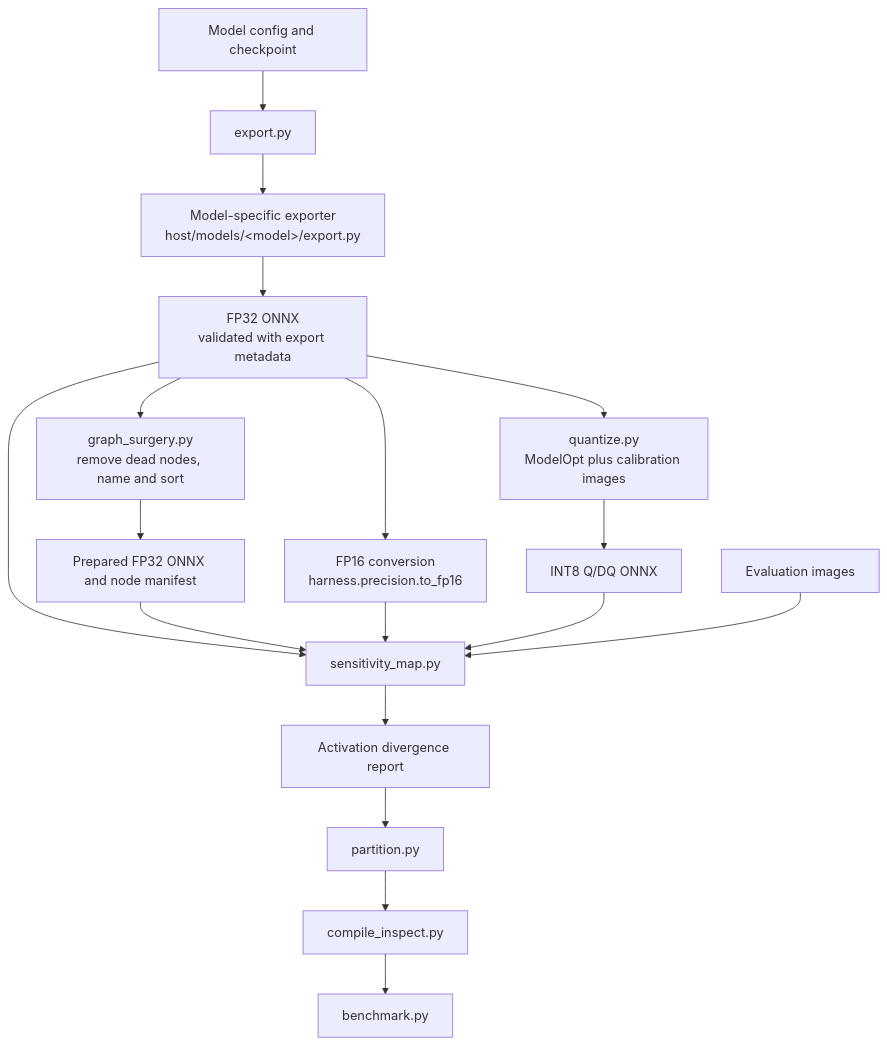
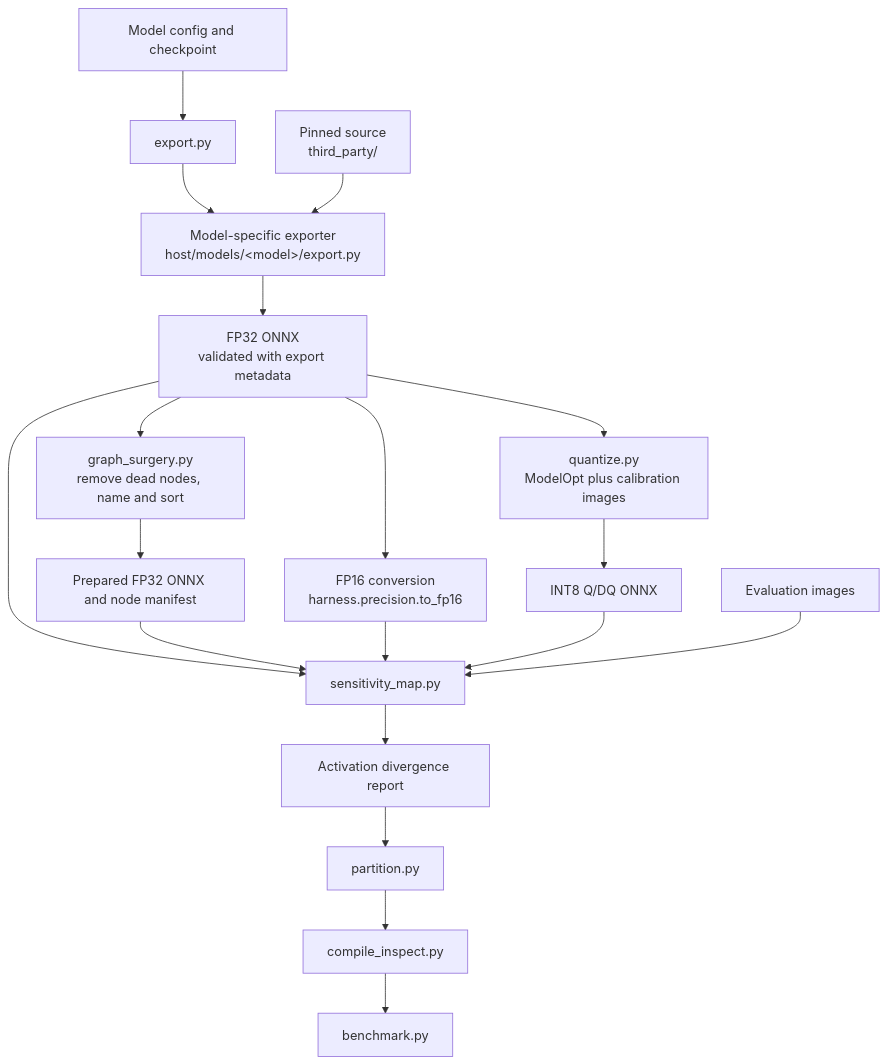
Before and after one commit to Sauravrp67/trt-quantize-partitions: the diagram in host/pipeline/README.md, drawn with Mermaid. The commit also changed other lines of this file and 50 other files, not shown here.

````diff
--- a/host/pipeline/README.md
+++ b/host/pipeline/README.md
@@ -5,20 +5,21 @@
 ```mermaid
 flowchart TD
     A[Model config and checkpoint] --> B[export.py]
     B --> C[Model-specific exporter<br/>host/models/&lt;model&gt;/export.py]
+    U[Pinned source<br/>third_party/] --> C
     C --> D[FP32 ONNX<br/>validated with export metadata]
     D --> E[graph_surgery.py<br/>remove dead nodes, name and sort]
     E --> F[Prepared FP32 ONNX and node manifest]
     D --> G[FP16 conversion<br/>harness.precision.to_fp16]
     D --> H[quantize.py<br/>ModelOpt plus calibration images]
     H --> I[INT8 Q/DQ ONNX]
     D --> J[sensitivity_map.py]
     F --> J
     G --> J
     I --> J
     K[Evaluation images] --> J
     J --> L[Activation divergence report]
     L --> M[partition.py]
     M --> N[compile_inspect.py]
     N --> O[benchmark.py]
 ```
````
